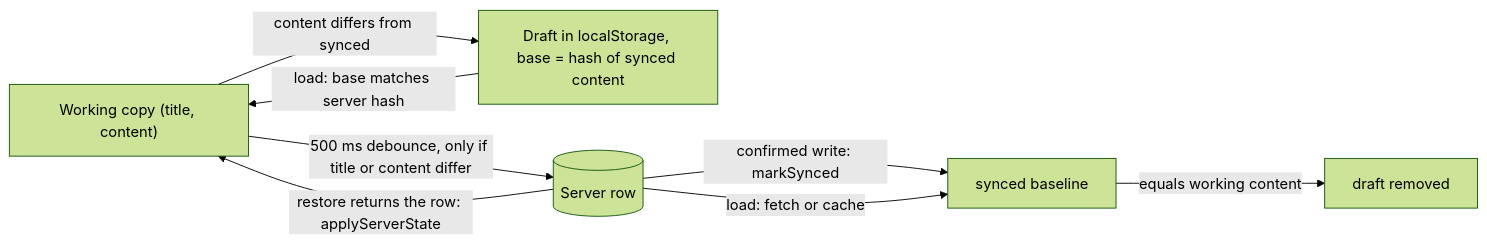
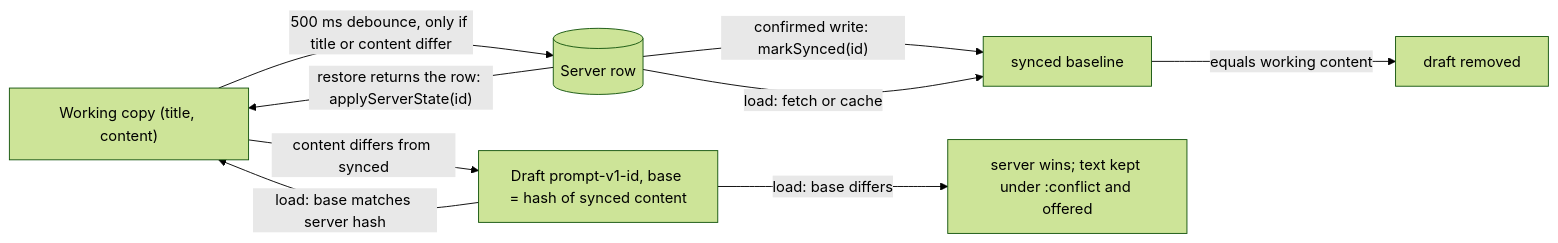
The diagram in PRPs/P7S1-editor-data-integrity.md (abuklea/prompthub), drawn with Mermaid (forest theme) before and after one commit. The commit also changed other lines of this file and 5 other files, not shown here.

````diff
--- a/PRPs/P7S1-editor-data-integrity.md
+++ b/PRPs/P7S1-editor-data-integrity.md
@@ -163,10 +199,11 @@
 ```mermaid
 flowchart LR
-  W["Working copy (title, content)"] -- "content differs from synced" --> D["Draft in localStorage, base = hash of synced content"]
+  W["Working copy (title, content)"] -- "content differs from synced" --> D["Draft prompt-v1-id, base = hash of synced content"]
   W -- "500 ms debounce, only if title or content differ" --> S[("Server row")]
-  S -- "confirmed write: markSynced" --> B["synced baseline"]
+  S -- "confirmed write: markSynced(id)" --> B["synced baseline"]
   B -- "equals working content" --> X["draft removed"]
   S -- "load: fetch or cache" --> B
   D -- "load: base matches server hash" --> W
-  S -- "restore returns the row: applyServerState" --> W
+  D -- "load: base differs" --> C["server wins; text kept under :conflict and offered"]
+  S -- "restore returns the row: applyServerState(id)" --> W
 ```
````
